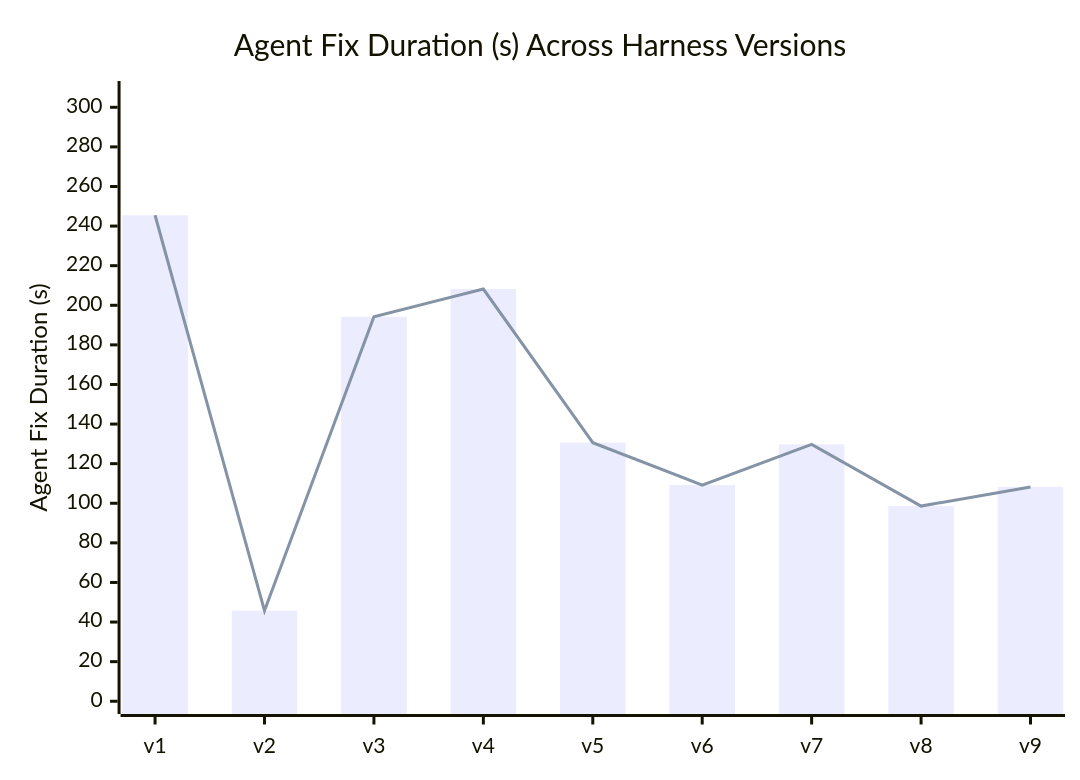
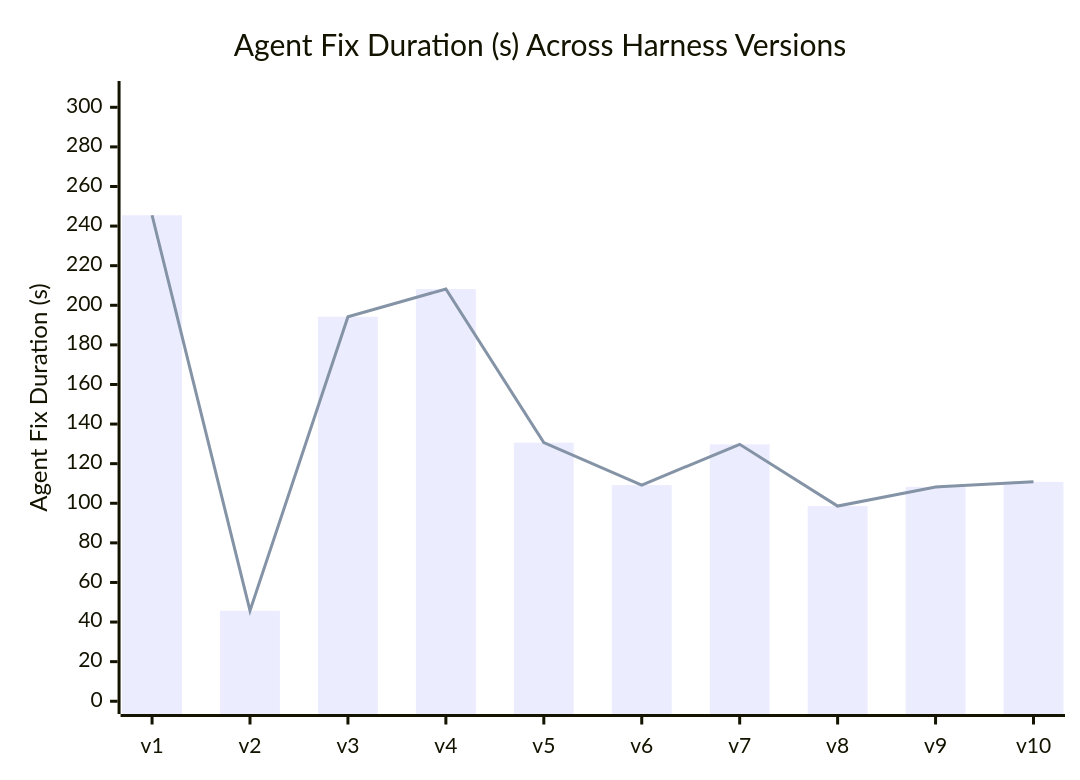
One commit to denizin42/cs440-lab6-thealgorithms-contrib changed the diagram in PERFORMANCE_REPORT.md. Above: the diagram before and after it, drawn with Mermaid. The commit also changed other lines of this file and 7 other files, not shown here.

````diff
--- a/PERFORMANCE_REPORT.md
+++ b/PERFORMANCE_REPORT.md
@@ -21,8 +21,8 @@
 ```mermaid
 xychart-beta
     title "Agent Fix Duration (s) Across Harness Versions"
-    x-axis ["v1", "v2", "v3", "v4", "v5", "v6", "v7", "v8", "v9"]
+    x-axis ["v1", "v2", "v3", "v4", "v5", "v6", "v7", "v8", "v9", "v10"]
     y-axis "Agent Fix Duration (s)" 0 --> 306.84
-    bar [245.475, 45.724, 194.199, 208.213, 130.619, 109.192, 129.762, 98.587, 108.264]
-    line [245.475, 45.724, 194.199, 208.213, 130.619, 109.192, 129.762, 98.587, 108.264]
+    bar [245.475, 45.724, 194.199, 208.213, 130.619, 109.192, 129.762, 98.587, 108.264, 110.805]
+    line [245.475, 45.724, 194.199, 208.213, 130.619, 109.192, 129.762, 98.587, 108.264, 110.805]
 ```
````
